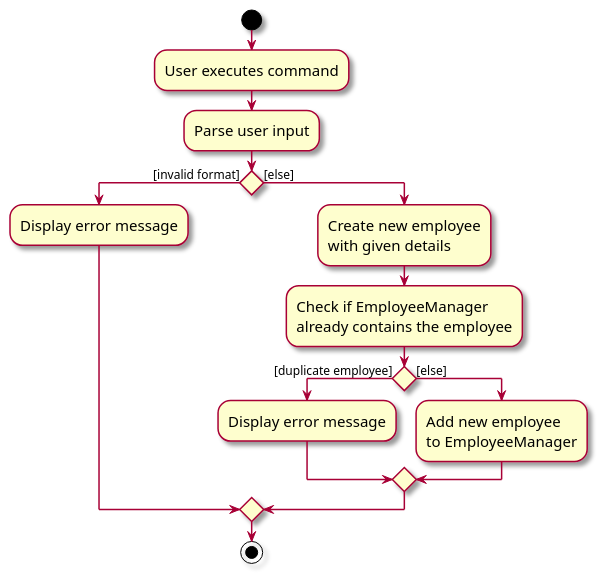
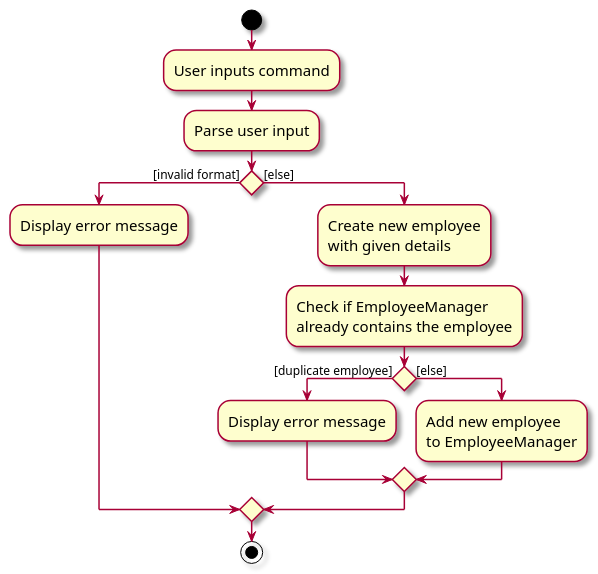
Before and after one commit to ricketytoc/tp: the diagram in docs/diagrams/AddActivityDiagram.puml, drawn with PlantUML. The commit also changed 1 other file, not shown here.

Commit message:
Improve activity diagram

```diff
--- a/docs/diagrams/AddActivityDiagram.puml
+++ b/docs/diagrams/AddActivityDiagram.puml
@@ -1,31 +1,31 @@
 @startuml
 skin rose
 skinparam ActivityFontSize 15
 skinparam ArrowFontSize 12
 start
-:User executes command;
+:User inputs command;
 
 :Parse user input;
 
 'Since the beta syntax does not support placing the condition outside the
 'diamond we place it as the true branch instead.
 
 if () then ([invalid format])
     :Display error message;
 else ([else])
     :Create new employee
     with given details;
 
     :Check if EmployeeManager
     already contains the employee;
 
     if () then ([duplicate employee])
         :Display error message;
     else ([else])
         :Add new employee
         to EmployeeManager;
     endif
 endif
 
 stop
 @enduml
```
